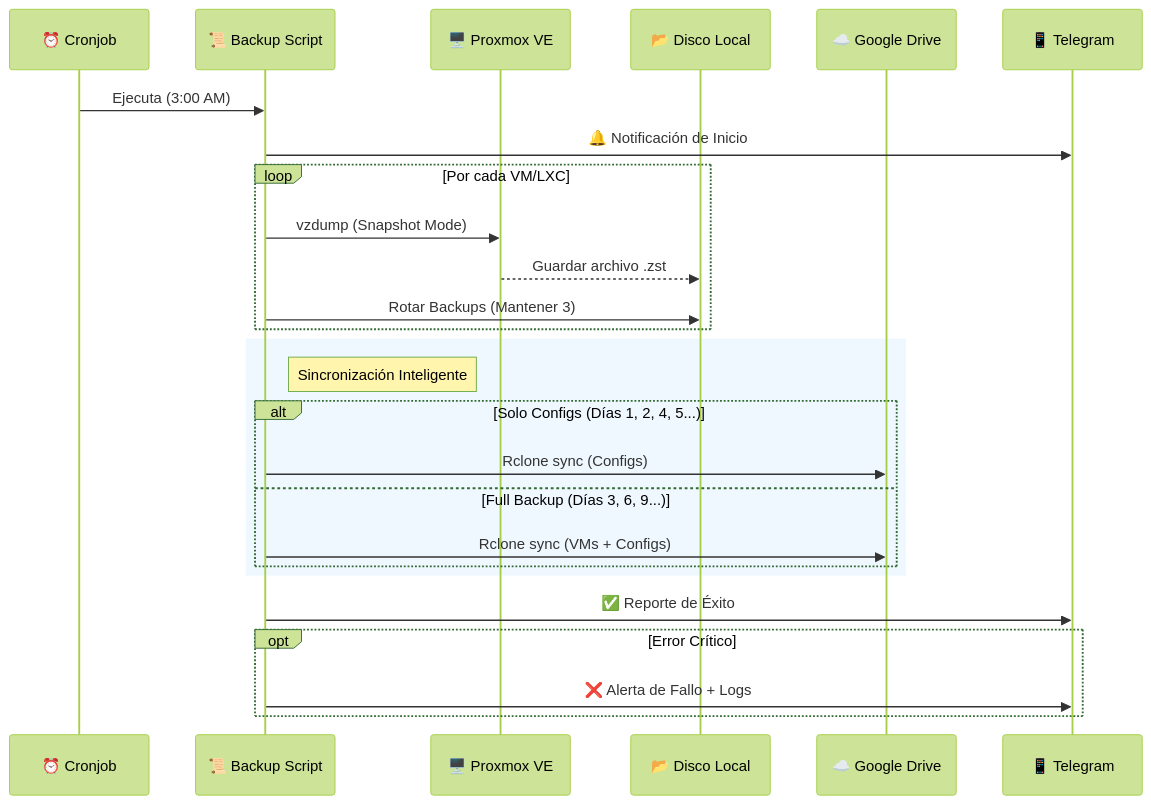
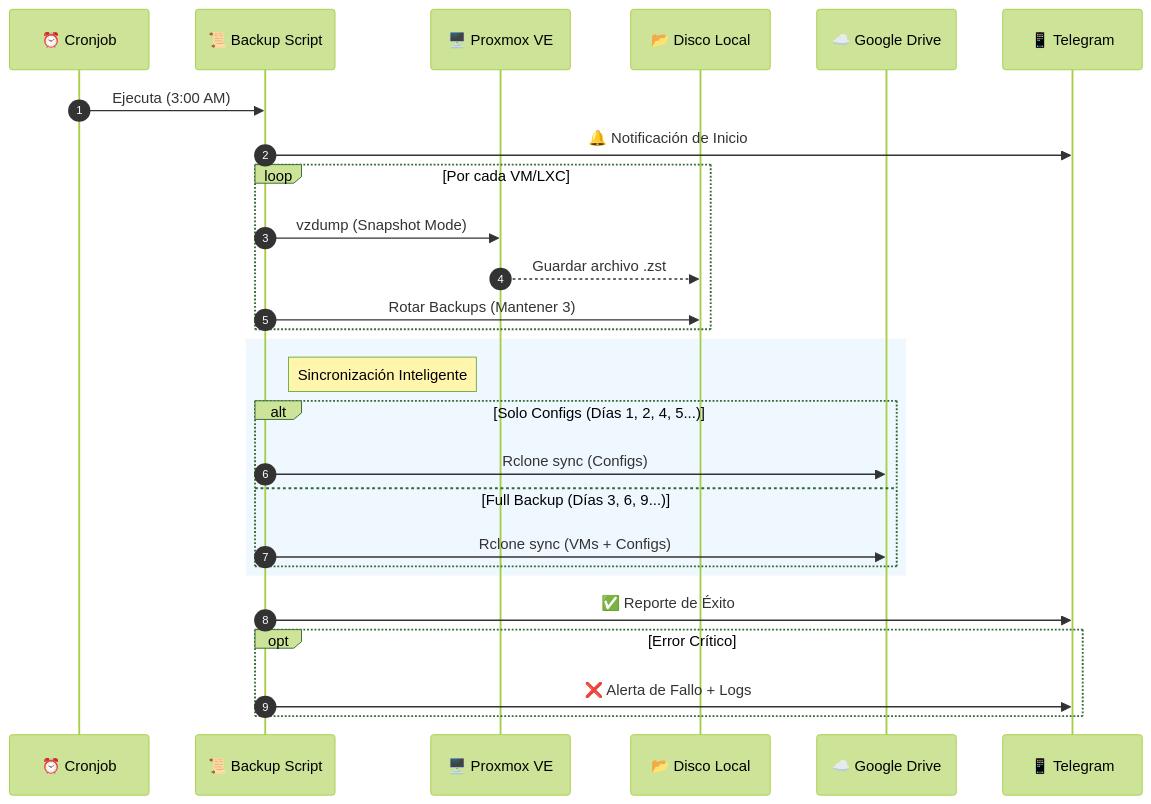
Before and after one commit to herwingx/backup-proxmox: the second of 2 diagrams in README.md, drawn with Mermaid (forest theme). The commit also changed other lines of this file, not shown here.

Commit message:
fix(readme): correct mermaid syntax and improve diagram styling (#3)

````diff
--- a/README.md
+++ b/README.md
@@ -120,33 +126,34 @@
 ```mermaid
 sequenceDiagram
+    autonumber
     participant Cron as ⏰ Cronjob
     participant Script as 📜 Backup Script
     participant PVE as 🖥️ Proxmox VE
     participant Local as 📂 Disco Local
     participant Cloud as ☁️ Google Drive
     participant TG as 📱 Telegram
 
     Cron->>Script: Ejecuta (3:00 AM)
     Script->>TG: 🔔 Notificación de Inicio
     
     loop Por cada VM/LXC
         Script->>PVE: vzdump (Snapshot Mode)
         PVE-->>Local: Guardar archivo .zst
         Script->>Local: Rotar Backups (Mantener 3)
     end
 
     rect rgb(240, 248, 255)
     note right of Script: Sincronización Inteligente
     alt Solo Configs (Días 1, 2, 4, 5...)
         Script->>Cloud: Rclone sync (Configs)
     else Full Backup (Días 3, 6, 9...)
         Script->>Cloud: Rclone sync (VMs + Configs)
     end
     end
 
     Script->>TG: ✅ Reporte de Éxito
     
     opt Error Crítico
         Script->>TG: ❌ Alerta de Fallo + Logs
     end
 ```
````
